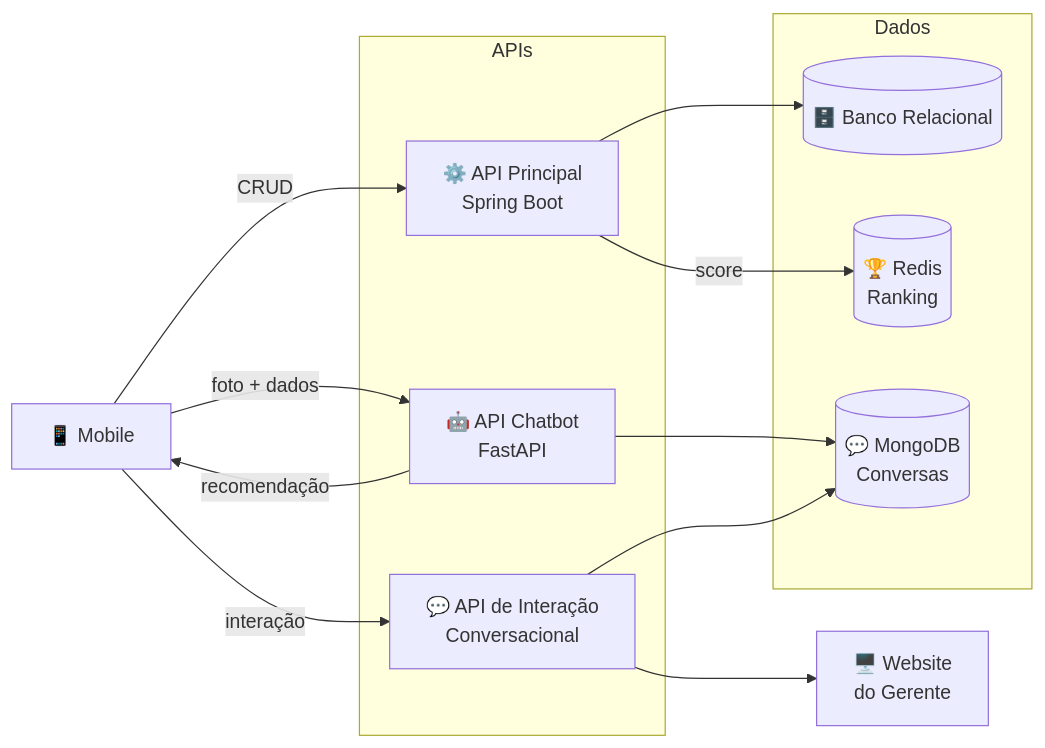
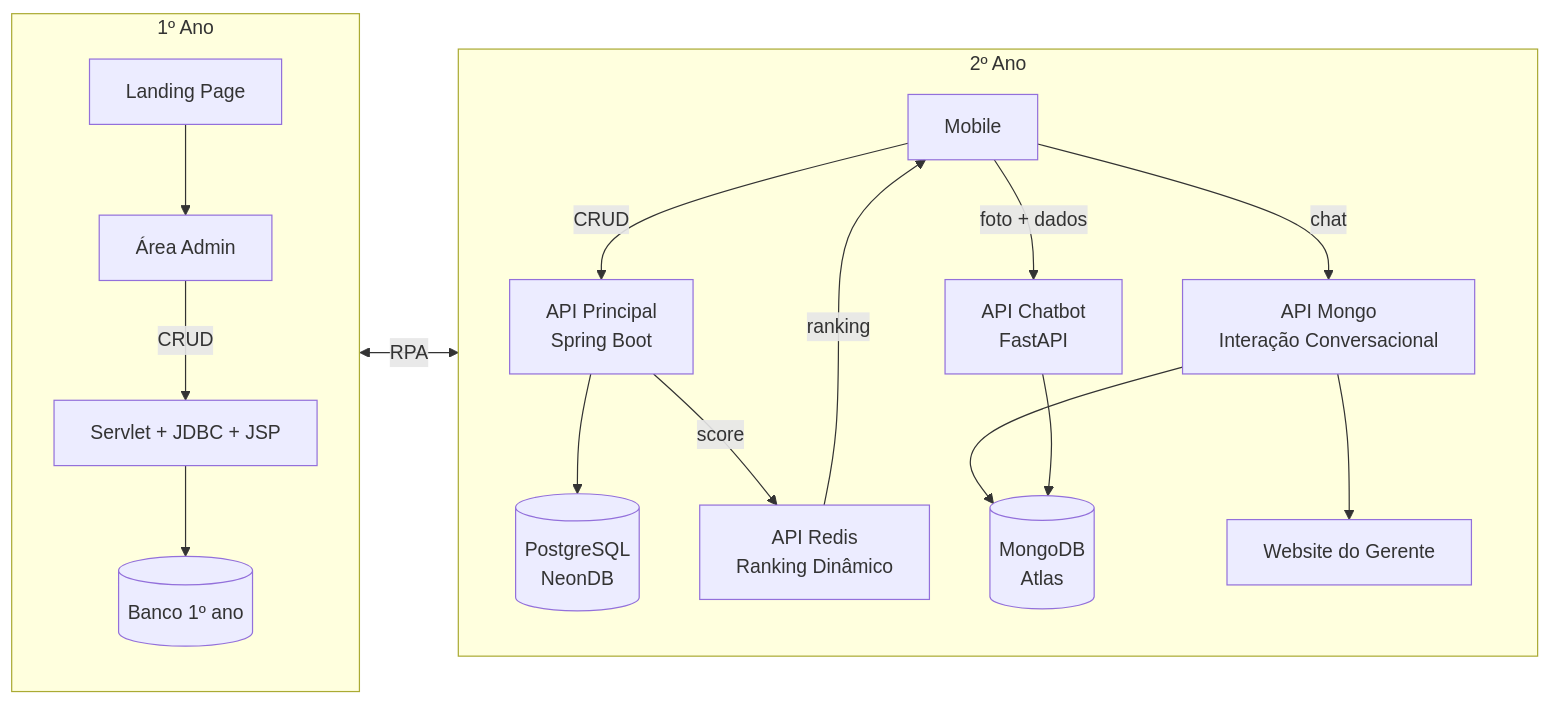
The diagram in profile/README.md (app-volta/.github), drawn with Mermaid before and after one commit. The commit also changed other lines of this file, not shown here.

````diff
--- a/profile/README.md
+++ b/profile/README.md
@@ -64,30 +83,34 @@
 ```mermaid
 flowchart LR
-    A[📱 Mobile]
-
-    subgraph APIs["APIs"]
-        B[⚙️ API Principal<br/>Spring Boot]
-        C[🤖 API Chatbot<br/>FastAPI]
-        I[💬 API de Interação<br/>Conversacional]
+    subgraph Ano1["1º Ano"]
+        direction TB
+        L[Landing Page] --> AD[Área Admin]
+        AD -->|CRUD| S[Servlet + JDBC + JSP]
+        S --> DB1[(Banco 1º ano)]
     end
 
-    subgraph Dados["Dados"]
-        D[(🗄️ Banco Relacional)]
-        R[(🏆 Redis<br/>Ranking)]
-        M[(💬 MongoDB<br/>Conversas)]
+    subgraph Ano2["2º Ano"]
+        direction TB
+        A[Mobile]
+        D[(PostgreSQL<br/> NeonDB)]
+        B[API Principal<br/>Spring Boot]
+        C[API Chatbot<br/>FastAPI]
+        I[API Mongo<br/>Interação Conversacional]
+        R[API Redis<br/>Ranking Dinâmico]
+        M[(MongoDB <br/> Atlas)]
+        W[Website do Gerente]
+
+        B --> D
+        A -->|CRUD| B
+        A -->|foto + dados| C
+        A -->|chat| I
+        R -->|ranking| A
+        B -->|score| R
+        I --> M
+        I --> W
+        C --> M
+
     end
 
-    W[🖥️ Website<br/>do Gerente]
-
-    A -->|CRUD| B
-    B --> D
-    B -->|score| R
-
-    A -->|foto + dados| C
-    C -->|recomendação| A
-    C --> M
-
-    A -->|interação| I
-    I --> M
-    I --> W
+    DB1 <-->|RPA| D
 ```
````
